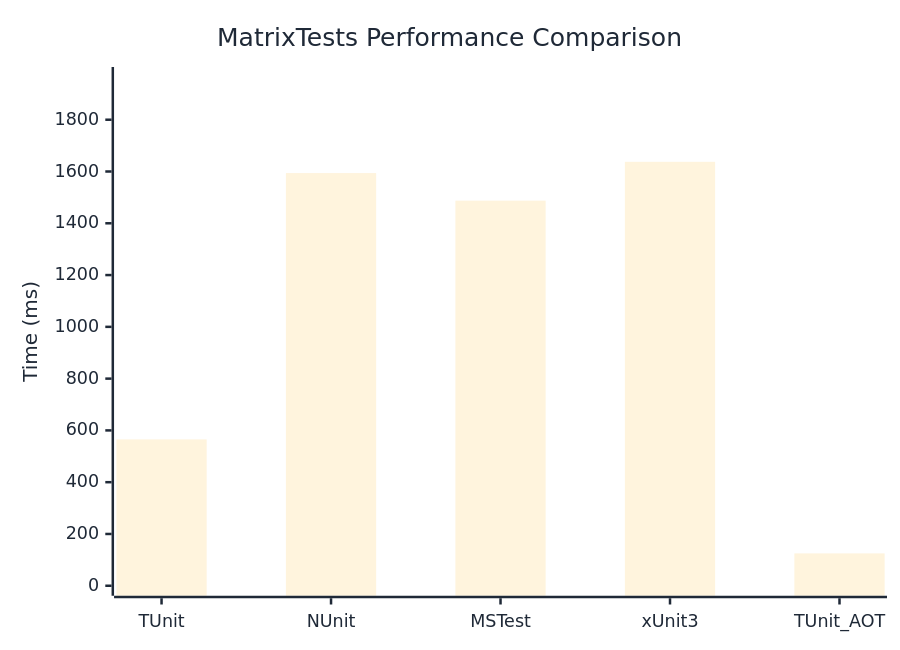
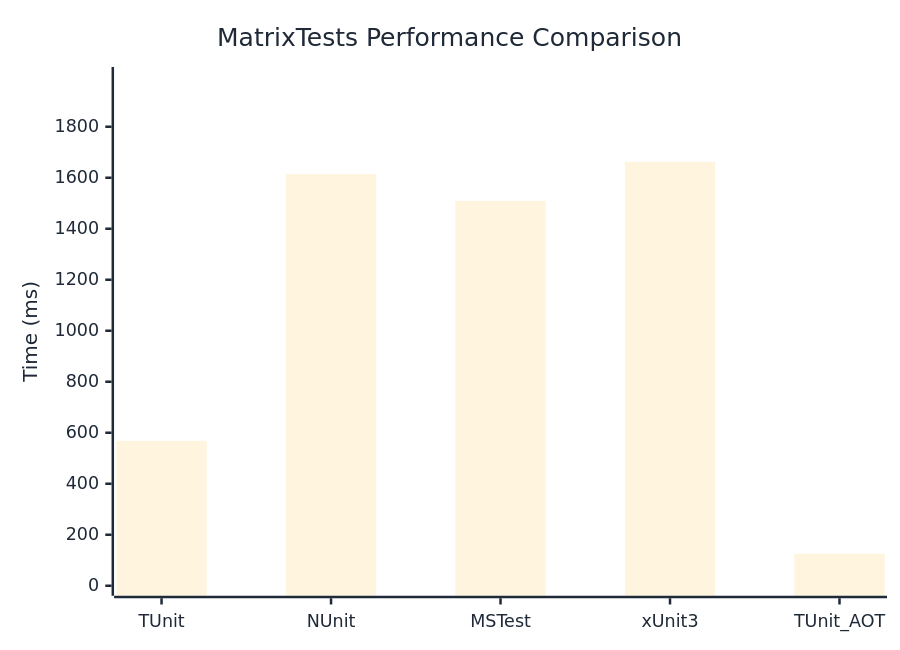
One commit to weiyilai/TUnit changed the diagram in docs/docs/benchmarks/MatrixTests.md. Above: the diagram before and after it, drawn with Mermaid. The commit also changed other lines of this file and 17 other files, not shown here.

````diff
--- a/docs/docs/benchmarks/MatrixTests.md
+++ b/docs/docs/benchmarks/MatrixTests.md
@@ -27,37 +27,37 @@
 ```mermaid
 %%{init: {
   'theme':'base',
   'themeVariables': {
     'primaryColor': '#2563eb',
     'primaryTextColor': '#1f2937',
     'primaryBorderColor': '#1e40af',
     'lineColor': '#6b7280',
     'secondaryColor': '#7c3aed',
     'tertiaryColor': '#dc2626',
     'background': '#ffffff',
     'mainBkg': '#2563eb',
     'secondBkg': '#7c3aed',
     'tertiaryBkg': '#dc2626',
     'clusterBkg': '#f3f4f6',
     'edgeLabelBackground': '#ffffff',
     'tertiaryTextColor': '#1f2937',
     'pie1': '#2563eb',
     'pie2': '#7c3aed',
     'pie3': '#dc2626',
     'pie4': '#f59e0b',
     'pie5': '#10b981',
     'pie6': '#06b6d4',
     'pie7': '#ec4899',
     'pie8': '#6366f1',
     'pie9': '#84cc16',
     'pie10': '#f97316',
     'pie11': '#14b8a6',
     'pie12': '#a855f7'
   }
 }}%%
 xychart-beta
   title "MatrixTests Performance Comparison"
   x-axis ["TUnit", "NUnit", "MSTest", "xUnit3", "TUnit_AOT"]
-  y-axis "Time (ms)" 0 --> 1965
-  bar [565.3, 1593.9, 1487.4, 1637.4, 125]
+  y-axis "Time (ms)" 0 --> 1995
+  bar [568.3, 1614.1, 1509.7, 1662.1, 125.7]
 ```
````
